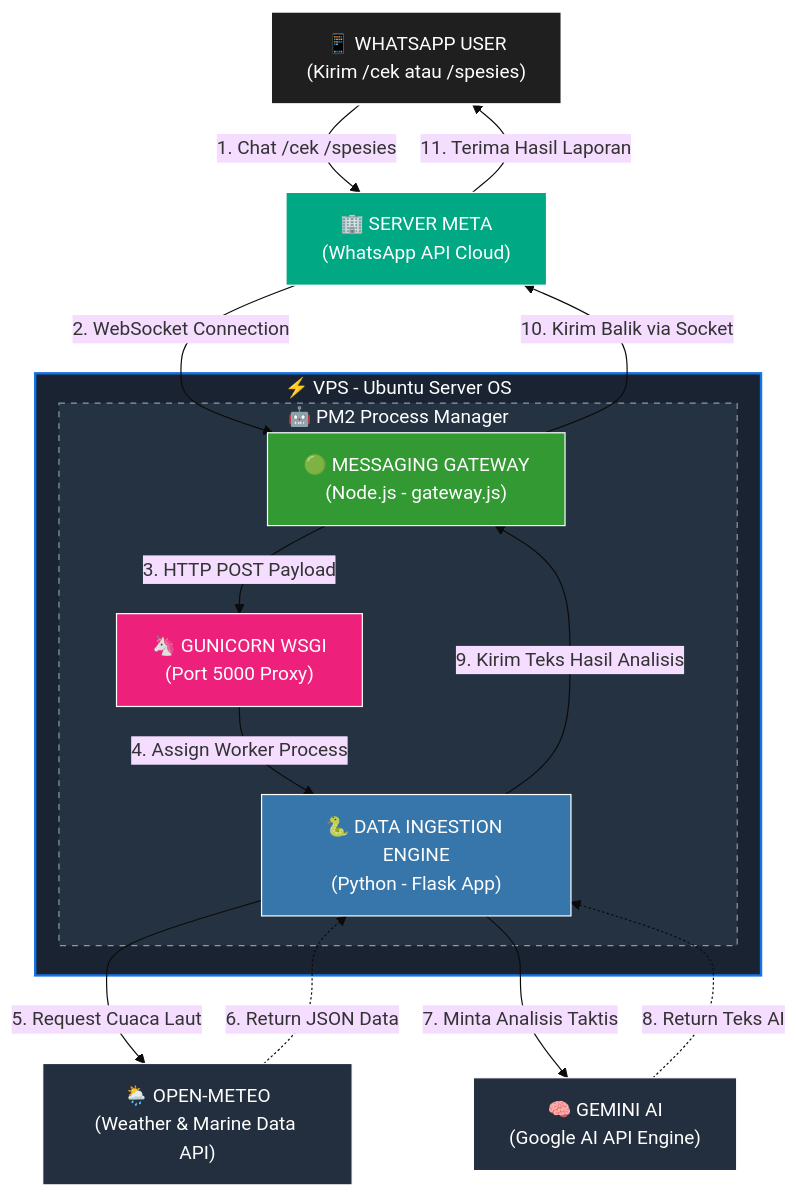
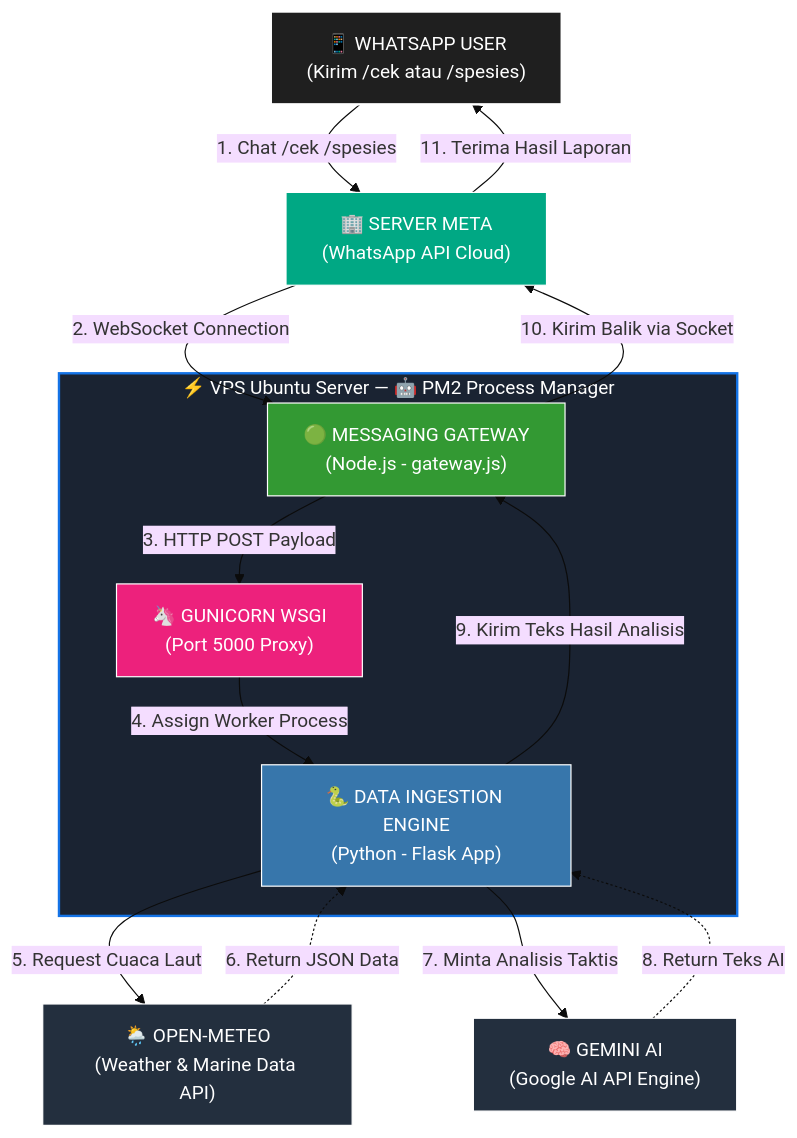
One commit to AdienDendra/architect-web changed the diagram in content.id/projects/bot-fishing.md. Above: the diagram before and after it, drawn with Mermaid (base theme).

```diff
--- a/content.id/projects/bot-fishing.md
+++ b/content.id/projects/bot-fishing.md
@@ -60,50 +60,48 @@
 {{< mermaid >}}
-
 graph TD
     %% Define Styles
     classDef user fill:#1f1f1f,stroke:#fff,stroke-width:2px,color:#fff;
     classDef meta fill:#00a884,stroke:#fff,stroke-width:1px,color:#fff;
     classDef nodejs fill:#339933,stroke:#fff,stroke-width:1px,color:#fff;
     classDef guni fill:#ed217c,stroke:#fff,stroke-width:1px,color:#fff;
     classDef python fill:#3776AB,stroke:#fff,stroke-width:1px,color:#fff;
     classDef external fill:#232F3E,stroke:#fff,stroke-width:1px,color:#fff;
 
-    %% --- OUTSIDE VPS (ATAS) ---
+    %% --- OUTSIDE CONTAINER (ATAS) ---
     User["📱 WHATSAPP USER<br>(Kirim /cek atau /spesies)"]:::user
     Meta["🏢 SERVER META<br>(WhatsApp API Cloud)"]:::meta
 
-    %% --- NESTED SUBGRAPH: VPS & PM2 (TENGAH) ---
-    subgraph VPS ["⚡ VPS - Ubuntu Server OS"]
-        subgraph PM2 ["🤖 PM2 Process Manager"]
-            NodeApp["🟢 MESSAGING GATEWAY<br>(Node.js - gateway.js)"]:::nodejs
-            GuniMaster["🦄 GUNICORN WSGI<br>(Port 5000 Proxy)"]:::guni
-            MainPy["🐍 DATA INGESTION ENGINE<br>(Python - Flask App)"]:::python
-        end
+    %% --- SINGLE LAYER EXPANDED CONTAINER (TENGAH) ---
+    %% Kita gabungkan nama VPS & PM2 di judul agar tidak terjadi nested subgraph yang merusak layout vertikal
+    subgraph VPS ["⚡ VPS Ubuntu Server — 🤖 PM2 Process Manager"]
+        NodeApp["🟢 MESSAGING GATEWAY<br>(Node.js - gateway.js)"]:::nodejs
+        GuniMaster["🦄 GUNICORN WSGI<br>(Port 5000 Proxy)"]:::guni
+        MainPy["🐍 DATA INGESTION ENGINE<br>(Python - Flask App)"]:::python
     end
 
-    %% --- OUTSIDE VPS (BAWAH) ---
+    %% --- OUTSIDE CONTAINER (BAWAH) ---
     BOM["🌦️ OPEN-METEO<br>(Weather & Marine Data API)"]:::external
     Gemini["🧠 GEMINI AI<br>(Google AI API Engine)"]:::external
 
     %% === FLOW ALUR MASUK (DOWNWARD FLOW) ===
     User -->|1. Chat /cek /spesies| Meta
     Meta -->|2. WebSocket Connection| NodeApp
     NodeApp -->|3. HTTP POST Payload| GuniMaster
     GuniMaster -->|4. Assign Worker Process| MainPy
     
-    %% === INTERAKSI API INTERNAL / EKSTERNAL ===
+    %% === INTERAKSI API DI LEVEL BAWAH ===
     MainPy -->|5. Request Cuaca Laut| BOM
     BOM -.->|6. Return JSON Data| MainPy
     MainPy -->|7. Minta Analisis Taktis| Gemini
     Gemini -.->|8. Return Teks AI| MainPy
     
     %% === FLOW ALUR BALIK (UPWARD RETURN FLOW) ===
     MainPy -->|9. Kirim Teks Hasil Analisis| NodeApp
     NodeApp -->|10. Kirim Balik via Socket| Meta
     Meta -->|11. Terima Hasil Laporan| User
 
-    %% Style untuk Box Subgraph agar kontras dan clean
+    %% Style untuk Box Subgraph Tunggal
     style VPS fill:#1a2332,stroke:#1473e6,stroke-width:2px,color:#fff
-    style PM2 fill:#243242,stroke:#8a99ad,stroke-width:1px,stroke-dasharray: 5 5,color:#fff
+
 
 {{< /mermaid >}}
```
